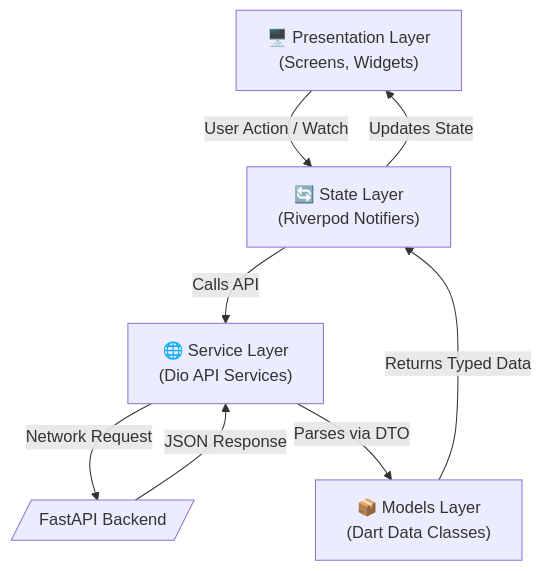
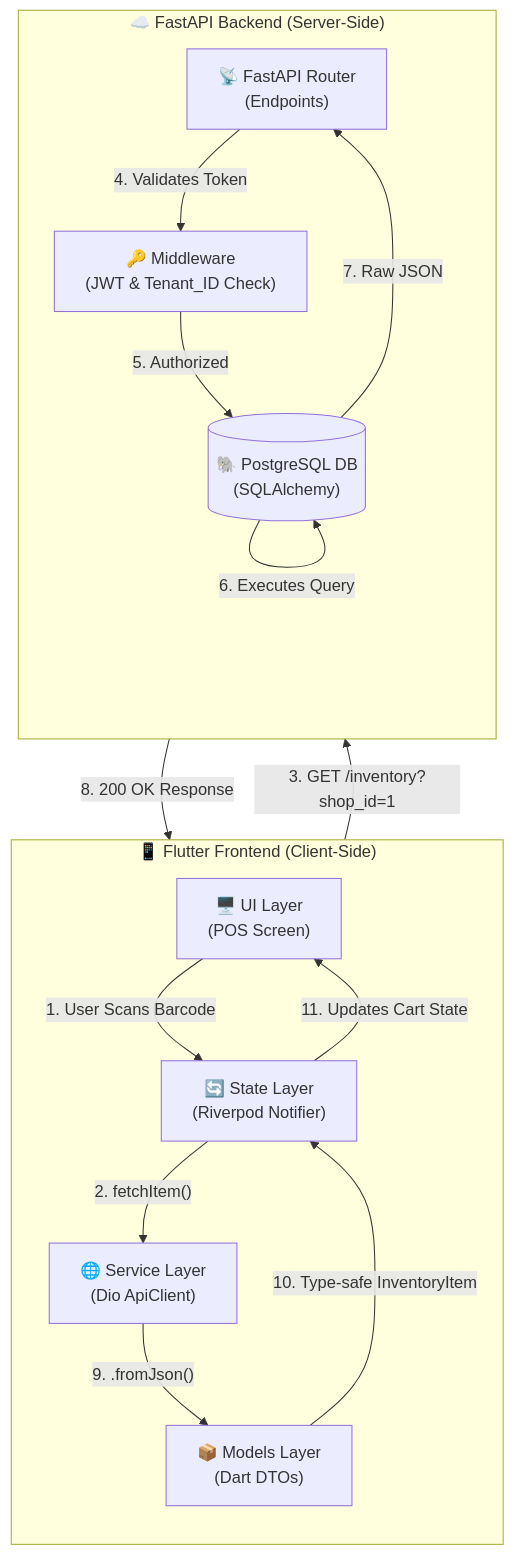
One commit to naiyo-24/MANJU-MEDICAL-STORES---DIGITAL-CLINIC changed the diagram in README.md. Above: the diagram before and after it, drawn with Mermaid.

Commit message:
Refine architecture data-flow docs
Updated the README's data flow diagram to match the actual Flutter + FastAPI + PostgreSQL architecture. The new diagram separates frontend and backend layers, shows the inventory request path, JWT and tenant validation, database access, and the typed DTO/state flow back into the app.

````diff
--- a/README.md
+++ b/README.md
@@ -316,10 +316,30 @@
 ```mermaid
-graph TD
-    UI["🖥️ Presentation Layer<br/>(Screens, Widgets)"] -->|User Action / Watch| State["🔄 State Layer<br/>(Riverpod Notifiers)"]
-    State -->|Calls API| Service["🌐 Service Layer<br/>(Dio API Services)"]
-    Service -->|Network Request| Backend[/"FastAPI Backend"/]
-    Backend -->|JSON Response| Service
-    Service -->|Parses via DTO| Models["📦 Models Layer<br/>(Dart Data Classes)"]
-    Models -->|Returns Typed Data| State
-    State -->|Updates State| UI
+flowchart TD
+    subgraph Frontend ["📱 Flutter Frontend (Client-Side)"]
+        direction TB
+        UI["🖥️ UI Layer<br/>(POS Screen)"]
+        State["🔄 State Layer<br/>(Riverpod Notifier)"]
+        Service["🌐 Service Layer<br/>(Dio ApiClient)"]
+        Models["📦 Models Layer<br/>(Dart DTOs)"]
+    end
+
+    subgraph Backend ["☁️ FastAPI Backend (Server-Side)"]
+        direction TB
+        Router["📡 FastAPI Router<br/>(Endpoints)"]
+        Auth["🔑 Middleware<br/>(JWT & Tenant_ID Check)"]
+        DB[("🐘 PostgreSQL DB<br/>(SQLAlchemy)")]
+    end
+
+    %% The Flow
+    UI -- "1. User Scans Barcode" --> State
+    State -- "2. fetchItem()" --> Service
+    Service -- "3. GET /inventory?shop_id=1" --> Router
+    Router -- "4. Validates Token" --> Auth
+    Auth -- "5. Authorized" --> DB
+    DB -- "6. Executes Query" --> DB
+    DB -- "7. Raw JSON" --> Router
+    Router -- "8. 200 OK Response" --> Service
+    Service -- "9. .fromJson()" --> Models
+    Models -- "10. Type-safe InventoryItem" --> State
+    State -- "11. Updates Cart State" --> UI
 ```
````
